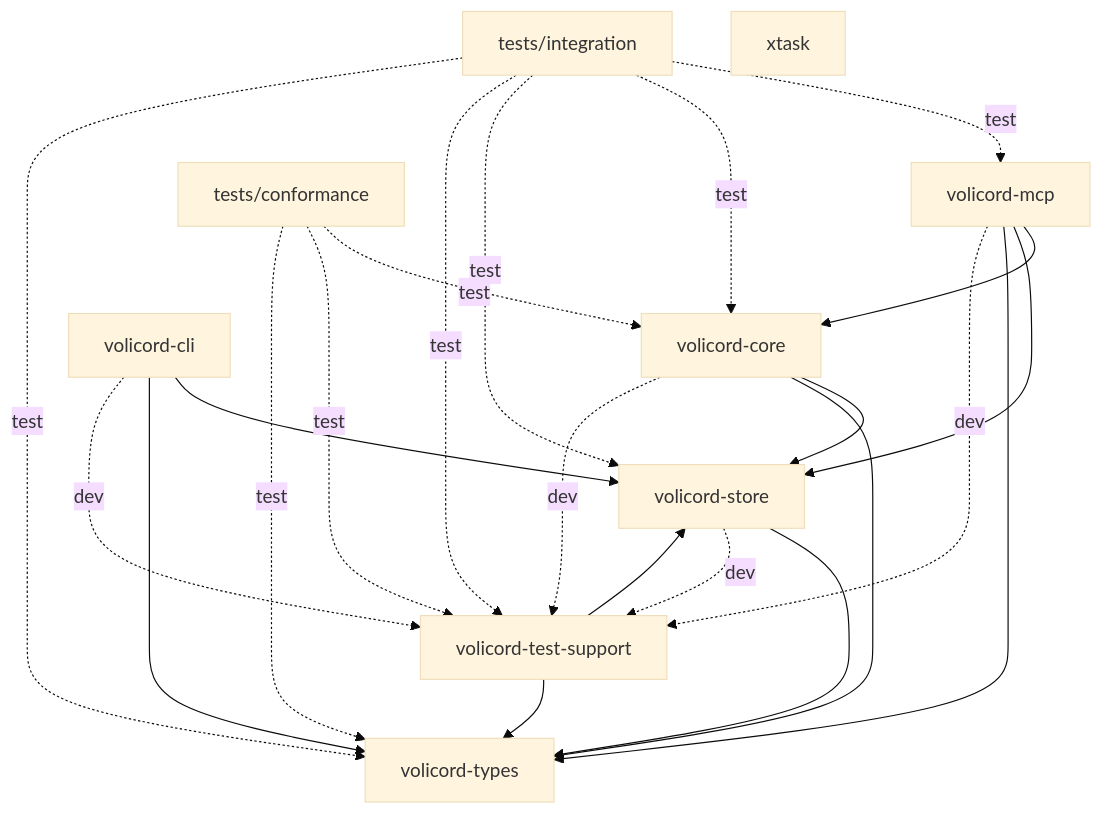
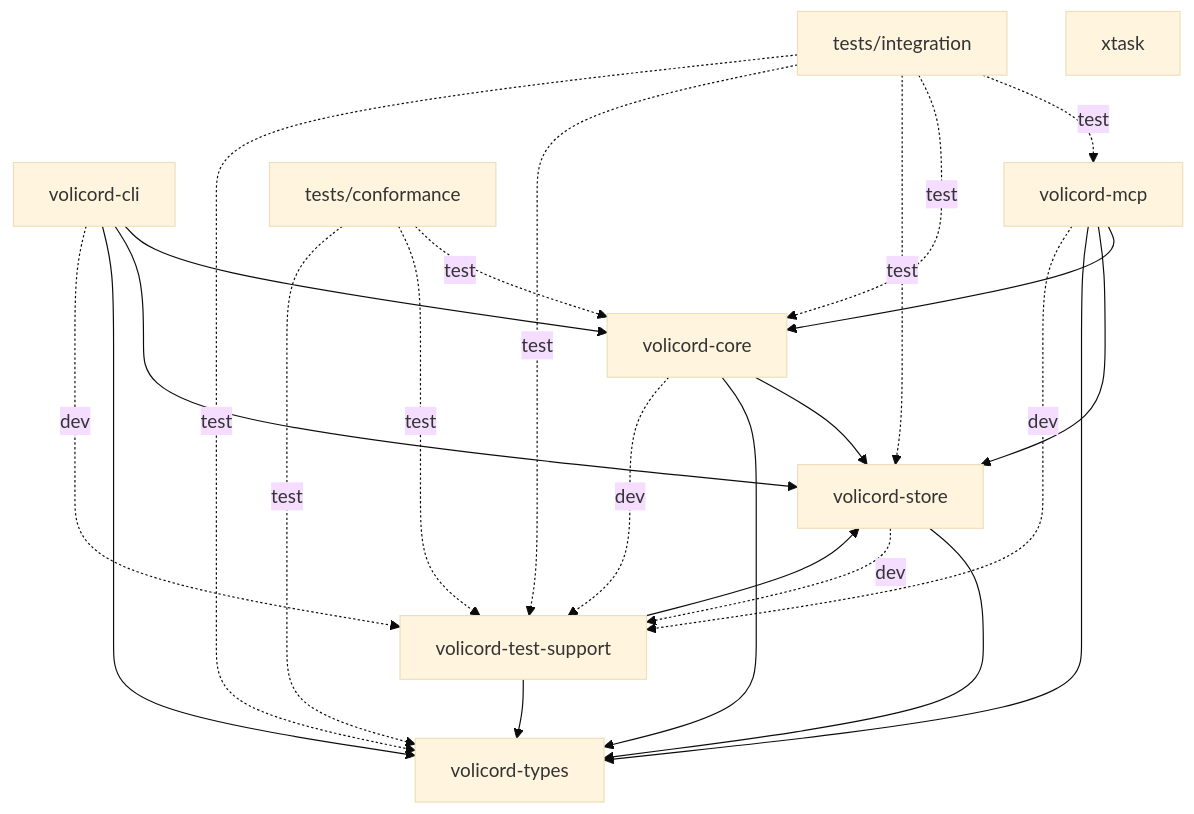
Before and after one commit to minjungw00/Harness_Project: the second of 4 diagrams in docs/en/development/architecture.md, drawn with Mermaid (base theme). The commit also changed other lines of this file and 9 other files, not shown here.

````diff
--- a/docs/en/development/architecture.md
+++ b/docs/en/development/architecture.md
@@ -85,36 +89,37 @@
 ```mermaid
 flowchart TD
   types["volicord-types"]
   store["volicord-store"]
   core["volicord-core"]
   cli["volicord-cli"]
   mcp["volicord-mcp"]
   support["volicord-test-support"]
   conformance["tests/conformance"]
   integration["tests/integration"]
   xtask["xtask"]
 
   store --> types
   core --> store
   core --> types
+  cli --> core
   cli --> store
   cli --> types
   mcp --> core
   mcp --> store
   mcp --> types
   support --> store
   support --> types
 
   store -. dev .-> support
   core -. dev .-> support
   cli -. dev .-> support
   mcp -. dev .-> support
   conformance -. test .-> core
   conformance -. test .-> support
   conformance -. test .-> types
   integration -. test .-> mcp
   integration -. test .-> core
   integration -. test .-> store
   integration -. test .-> support
   integration -. test .-> types
 ```
````
